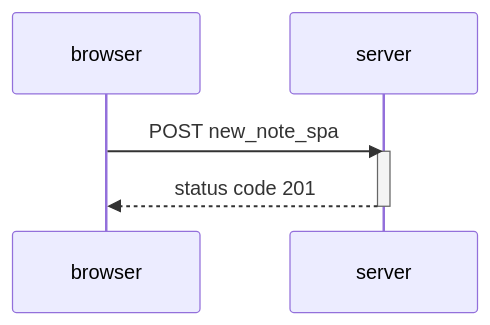
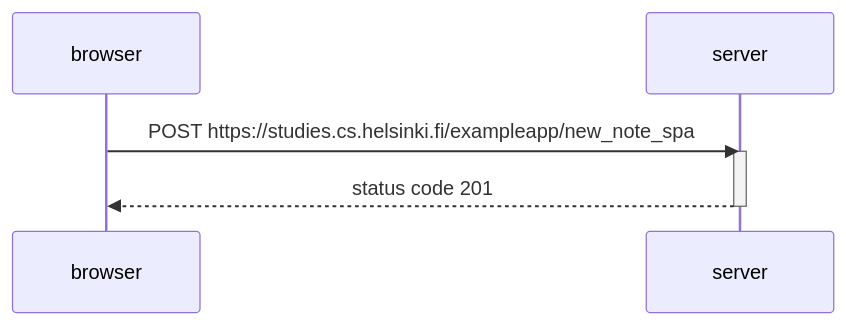
The diagram in part0/exercise0.6.md (Krekno/full-stack-open), drawn with Mermaid before and after one commit.

````diff
--- a/part0/exercise0.6.md
+++ b/part0/exercise0.6.md
@@ -1,10 +1,10 @@
 ```mermaid
 sequenceDiagram
     participant browser
     participant server
 
-    browser->>server: POST new_note_spa
+    browser->>server: POST https://studies.cs.helsinki.fi/exampleapp/new_note_spa
     activate server
     server-->>browser: status code 201
     deactivate server
 ```
````
